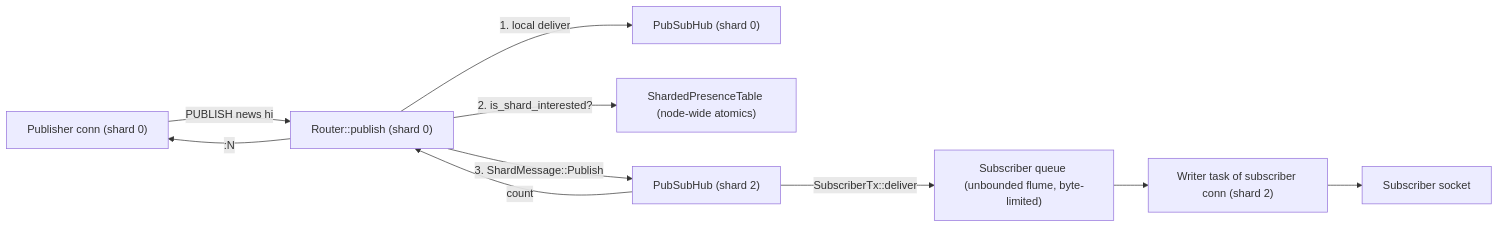
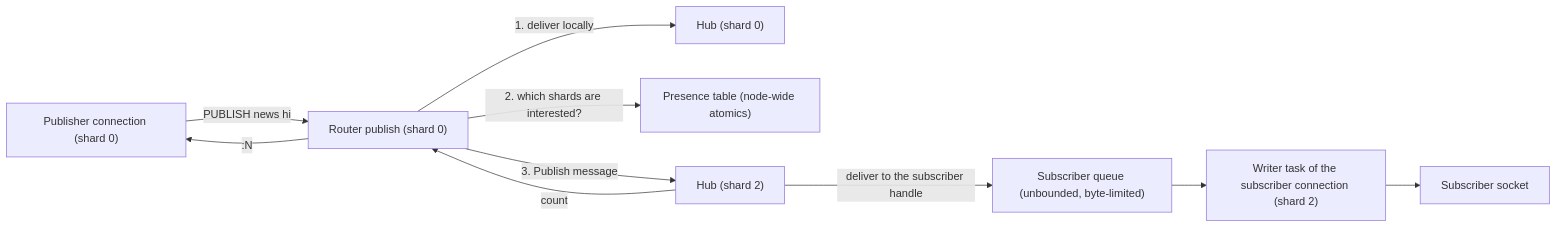
Before and after one commit to warrenzhu25/rudis: the diagram in docs/internal/19_pubsub.md, drawn with Mermaid. The commit also changed other lines of this file, not shown here.

First line of the commit message:
docs(internal): rewrite Pub/Sub guide in the prose-first style

````diff
--- a/docs/internal/19_pubsub.md
+++ b/docs/internal/19_pubsub.md
@@ -43,12 +38,12 @@
 ```mermaid
 flowchart LR
-    P["Publisher conn (shard 0)"] -->|"PUBLISH news hi"| R0["Router::publish (shard 0)"]
-    R0 -->|"1. local deliver"| H0["PubSubHub (shard 0)"]
-    R0 -->|"2. is_shard_interested?"| PT["ShardedPresenceTable (node-wide atomics)"]
-    R0 -->|"3. ShardMessage::Publish"| H2["PubSubHub (shard 2)"]
-    H2 -->|"SubscriberTx::deliver"| Q["Subscriber queue (unbounded flume, byte-limited)"]
-    Q --> W["Writer task of subscriber conn (shard 2)"]
+    P["Publisher connection (shard 0)"] -->|"PUBLISH news hi"| R0["Router publish (shard 0)"]
+    R0 -->|"1. deliver locally"| H0["Hub (shard 0)"]
+    R0 -->|"2. which shards are interested?"| PT["Presence table (node-wide atomics)"]
+    R0 -->|"3. Publish message"| H2["Hub (shard 2)"]
+    H2 -->|"deliver to the subscriber handle"| Q["Subscriber queue (unbounded, byte-limited)"]
+    Q --> W["Writer task of the subscriber connection (shard 2)"]
     W --> S["Subscriber socket"]
     H2 -->|"count"| R0
     R0 -->|":N"| P
 ```
````
